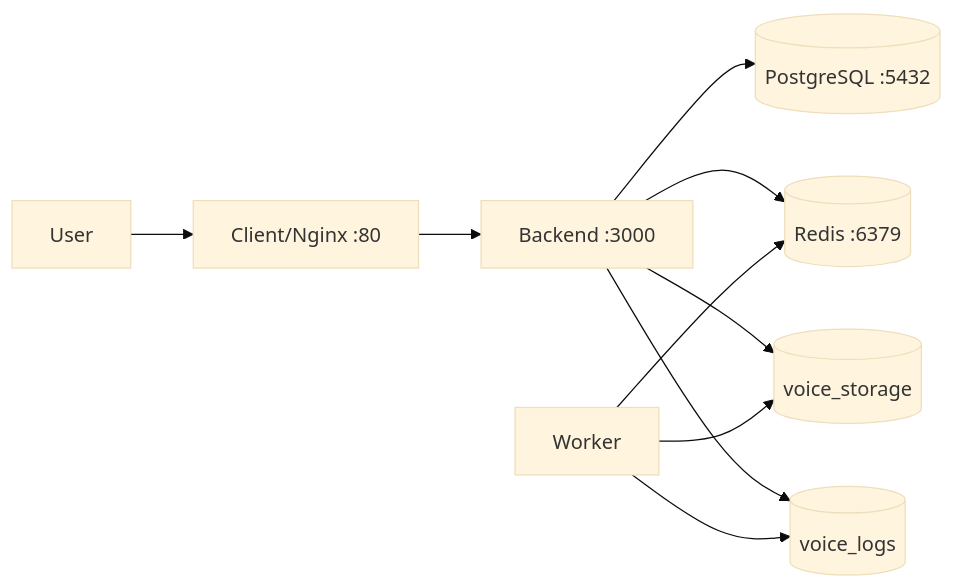
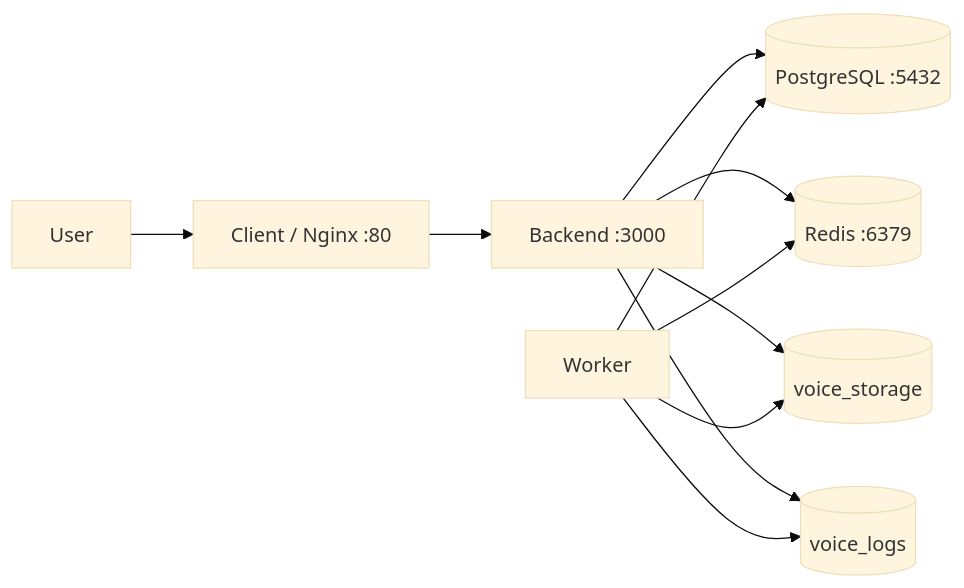
One commit to SSIT-joint-stock/identify-voice-base changed diagram 11 of 12 in docs/architecture/system-architecture.md. Above: the diagram before and after it, drawn with Mermaid (base theme). The commit also changed other lines of this file, not shown here.

Commit message:
docs: update system architecture documentation for clarity and detail

````diff
--- a/docs/architecture/system-architecture.md
+++ b/docs/architecture/system-architecture.md
@@ -170,12 +434,13 @@
 ```mermaid
 flowchart LR
-    User --> Nginx[Client/Nginx :80]
+    User --> Nginx[Client / Nginx :80]
     Nginx --> API[Backend :3000]
     API --> DB[(PostgreSQL :5432)]
     API --> Redis[(Redis :6379)]
     Worker --> Redis
-    API --> VS[(voice_storage)]
-    Worker --> VS
-    API --> VL[(voice_logs)]
-    Worker --> VL
+    Worker --> DB
+    API --> VoiceStorage[(voice_storage)]
+    Worker --> VoiceStorage
+    API --> VoiceLogs[(voice_logs)]
+    Worker --> VoiceLogs
 ```
````
